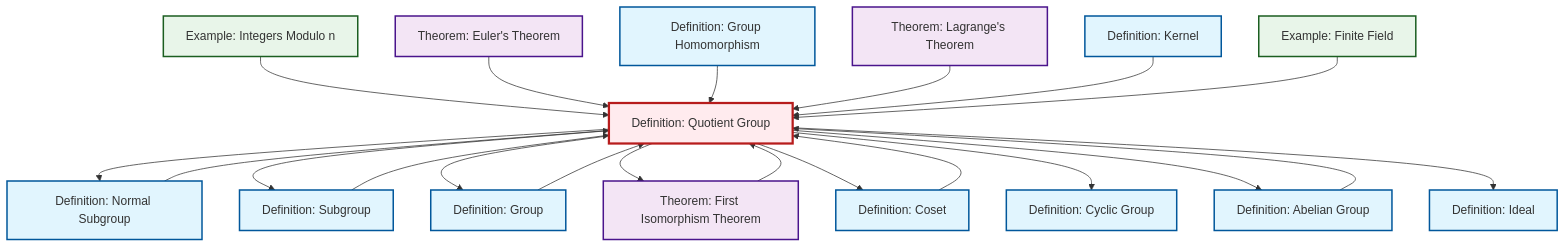
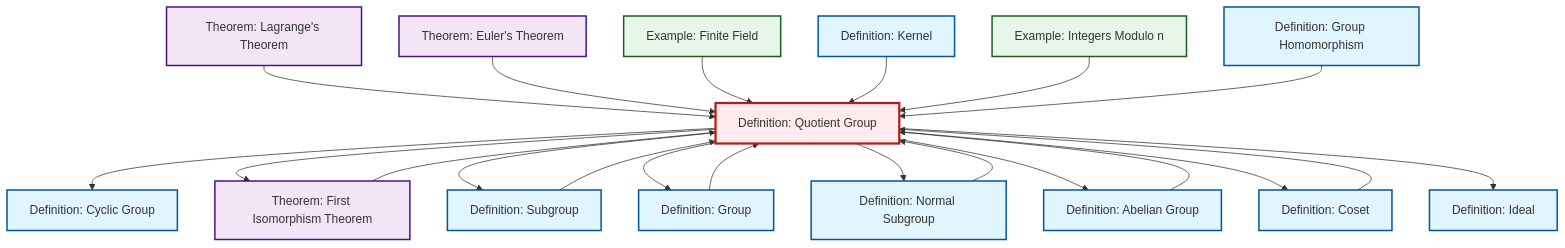
The diagram in output/mermaid/def-quotient-group.mermaid (RK0429/ModernMath), drawn with Mermaid before and after one commit. The commit also changed other lines of this file and 1509 other files, not shown here.

```diff
--- a/output/mermaid/def-quotient-group.mermaid
+++ b/output/mermaid/def-quotient-group.mermaid
@@ -1,43 +1,43 @@
 %%| fig-cap: "Local dependency graph"
 graph TD
     classDef definition fill:#e1f5fe,stroke:#01579b,stroke-width:2px
     classDef theorem fill:#f3e5f5,stroke:#4a148c,stroke-width:2px
     classDef axiom fill:#fff3e0,stroke:#e65100,stroke-width:2px
     classDef example fill:#e8f5e9,stroke:#1b5e20,stroke-width:2px
     classDef current fill:#ffebee,stroke:#b71c1c,stroke-width:3px
-    ex-finite-field["Example: Finite Field"]:::example
-    def-subgroup["Definition: Subgroup"]:::definition
     def-quotient-group["Definition: Quotient Group"]:::definition
+    thm-euler["Theorem: Euler's Theorem"]:::theorem
+    thm-first-isomorphism["Theorem: First Isomorphism Theorem"]:::theorem
     def-kernel["Definition: Kernel"]:::definition
-    def-ideal["Definition: Ideal"]:::definition
-    thm-lagrange["Theorem: Lagrange's Theorem"]:::theorem
-    thm-first-isomorphism["Theorem: First Isomorphism Theorem"]:::theorem
-    thm-euler["Theorem: Euler's Theorem"]:::theorem
     def-homomorphism["Definition: Group Homomorphism"]:::definition
     ex-quotient-integers-mod-n["Example: Integers Modulo n"]:::example
+    def-cyclic-group["Definition: Cyclic Group"]:::definition
+    def-subgroup["Definition: Subgroup"]:::definition
+    ex-finite-field["Example: Finite Field"]:::example
+    def-ideal["Definition: Ideal"]:::definition
     def-coset["Definition: Coset"]:::definition
-    def-cyclic-group["Definition: Cyclic Group"]:::definition
-    def-normal-subgroup["Definition: Normal Subgroup"]:::definition
+    thm-lagrange["Theorem: Lagrange's Theorem"]:::theorem
     def-group["Definition: Group"]:::definition
     def-abelian-group["Definition: Abelian Group"]:::definition
+    def-normal-subgroup["Definition: Normal Subgroup"]:::definition
+    thm-lagrange --> def-quotient-group
+    def-quotient-group --> def-cyclic-group
+    def-quotient-group --> thm-first-isomorphism
+    def-group --> def-quotient-group
+    def-quotient-group --> def-subgroup
+    thm-euler --> def-quotient-group
+    def-subgroup --> def-quotient-group
+    ex-finite-field --> def-quotient-group
+    thm-first-isomorphism --> def-quotient-group
+    def-kernel --> def-quotient-group
+    ex-quotient-integers-mod-n --> def-quotient-group
+    def-quotient-group --> def-group
+    def-homomorphism --> def-quotient-group
+    def-quotient-group --> def-normal-subgroup
+    def-abelian-group --> def-quotient-group
+    def-normal-subgroup --> def-quotient-group
     def-coset --> def-quotient-group
-    def-normal-subgroup --> def-quotient-group
-    def-quotient-group --> def-normal-subgroup
-    def-quotient-group --> def-subgroup
-    def-quotient-group --> def-group
-    ex-quotient-integers-mod-n --> def-quotient-group
-    def-abelian-group --> def-quotient-group
-    def-quotient-group --> thm-first-isomorphism
-    thm-euler --> def-quotient-group
-    thm-first-isomorphism --> def-quotient-group
-    def-homomorphism --> def-quotient-group
+    def-quotient-group --> def-abelian-group
     def-quotient-group --> def-coset
-    def-subgroup --> def-quotient-group
-    def-quotient-group --> def-cyclic-group
-    def-group --> def-quotient-group
-    thm-lagrange --> def-quotient-group
-    def-kernel --> def-quotient-group
-    def-quotient-group --> def-abelian-group
-    ex-finite-field --> def-quotient-group
     def-quotient-group --> def-ideal
     class def-quotient-group current
```
